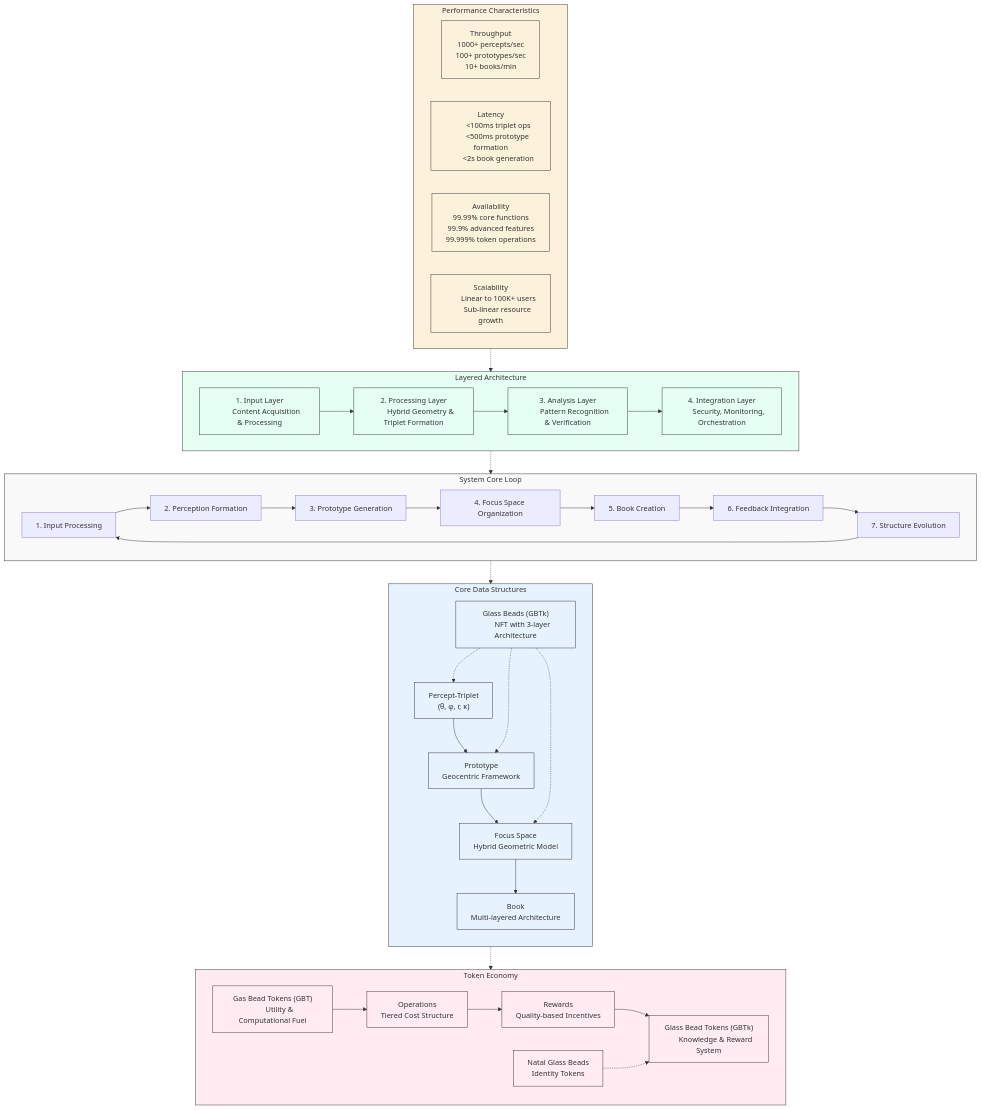
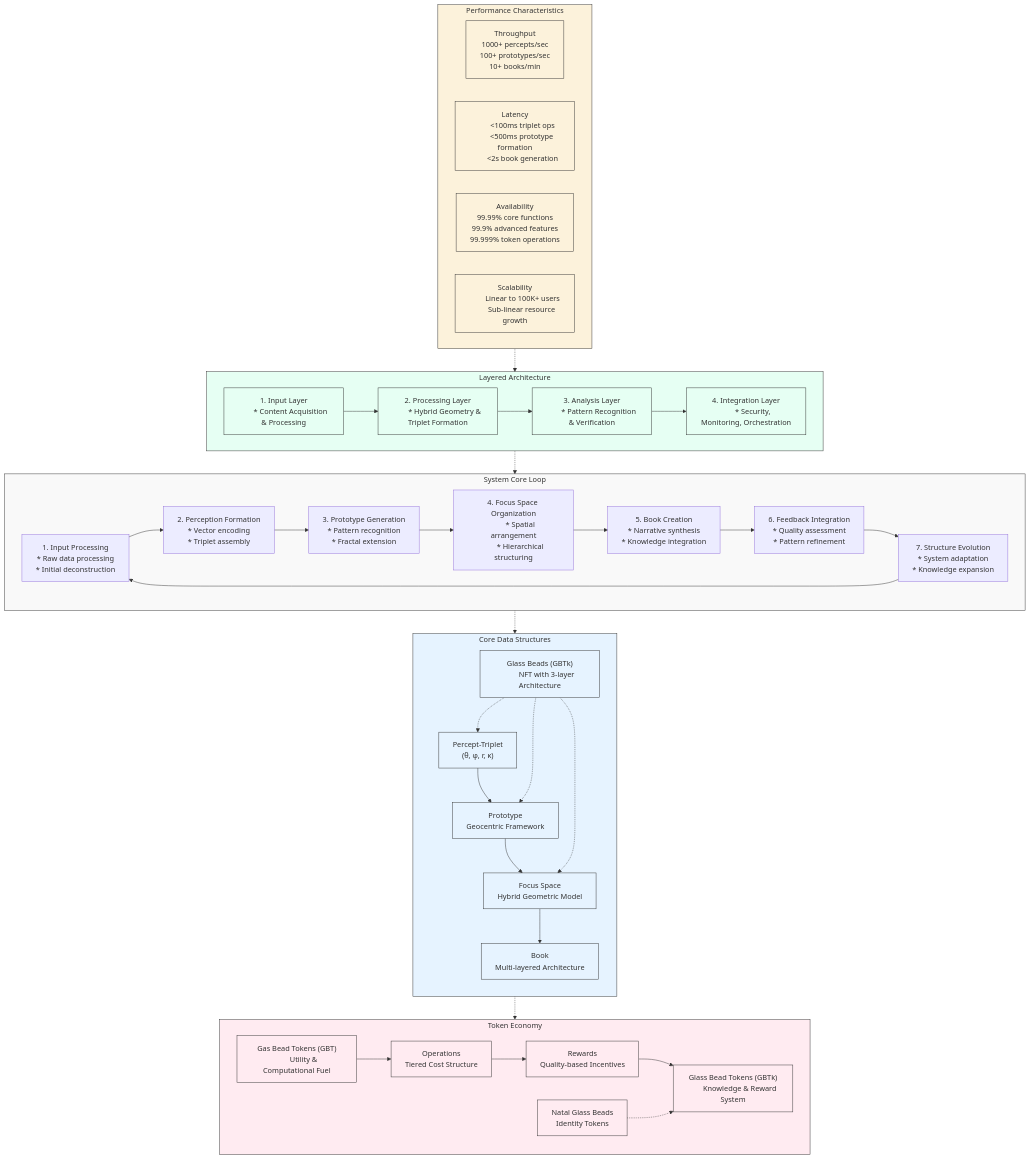
Before and after one commit to heavyblotto/memorativa: the second of 3 diagrams in docs/3. the machine system/memorativa-3-1-the-machine-system.md, drawn with Mermaid. The commit also changed other lines of this file, not shown here.

```diff
--- a/docs/3. the machine system/memorativa-3-1-the-machine-system.md
+++ b/docs/3. the machine system/memorativa-3-1-the-machine-system.md
@@ -131,13 +131,33 @@
     %% Core System Loop
     subgraph SystemCoreLoop["System Core Loop"]
         direction LR
-        InputProcessing["1. Input Processing"]
-        PerceptionFormation["2. Perception Formation"]
-        PrototypeGeneration["3. Prototype Generation"]
-        FocusSpaceOrg["4. Focus Space Organization"]
-        BookCreation["5. Book Creation"]
-        FeedbackIntegration["6. Feedback Integration"]
-        StructureEvolution["7. Structure Evolution"]
+        InputProcessing["1. Input Processing
+        * Raw data processing
+        * Initial deconstruction"]
+        
+        PerceptionFormation["2. Perception Formation
+        * Vector encoding
+        * Triplet assembly"]
+        
+        PrototypeGeneration["3. Prototype Generation
+        * Pattern recognition
+        * Fractal extension"]
+        
+        FocusSpaceOrg["4. Focus Space Organization
+        * Spatial arrangement
+        * Hierarchical structuring"]
+        
+        BookCreation["5. Book Creation
+        * Narrative synthesis
+        * Knowledge integration"]
+        
+        FeedbackIntegration["6. Feedback Integration
+        * Quality assessment
+        * Pattern refinement"]
+        
+        StructureEvolution["7. Structure Evolution
+        * System adaptation
+        * Knowledge expansion"]
         
         InputProcessing --> PerceptionFormation
         PerceptionFormation --> PrototypeGeneration
@@ -200,16 +220,16 @@
     %% Layered Architecture
     subgraph LayeredArchitecture["Layered Architecture"]
         InputLayer["1. Input Layer
-        Content Acquisition & Processing"]
+        * Content Acquisition & Processing"]
         
         ProcessingLayer["2. Processing Layer
-        Hybrid Geometry & Triplet Formation"]
+        * Hybrid Geometry & Triplet Formation"]
         
         AnalysisLayer["3. Analysis Layer
-        Pattern Recognition & Verification"]
+        * Pattern Recognition & Verification"]
         
         IntegrationLayer["4. Integration Layer
-        Security, Monitoring, Orchestration"]
+        * Security, Monitoring, Orchestration"]
         
         InputLayer --> ProcessingLayer
         ProcessingLayer --> AnalysisLayer
```
